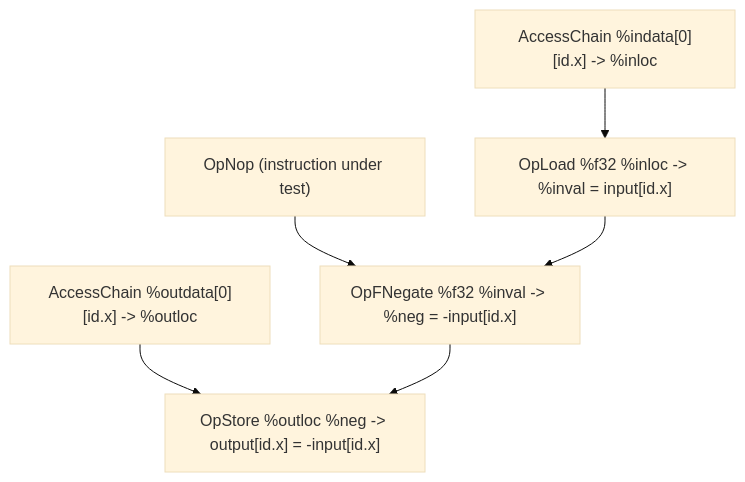
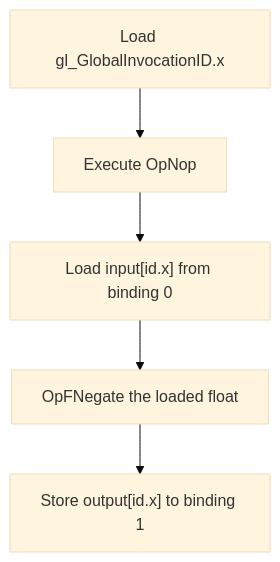
One commit to Thomaswang0822/VulkanCTS-Wiki changed the diagram in external/vulkancts/wiki/testfiles/spirv_assembly/InstructionTests.md. Above: the diagram before and after it, drawn with Mermaid (base theme). The commit also changed other lines of this file and 363 other files, not shown here.

````diff
--- a/external/vulkancts/wiki/testfiles/spirv_assembly/InstructionTests.md
+++ b/external/vulkancts/wiki/testfiles/spirv_assembly/InstructionTests.md
@@ -205,8 +205,7 @@
 ```mermaid
 flowchart TD
-    A["AccessChain %indata[0][id.x] -> %inloc"] --> B["OpLoad %f32 %inloc -> %inval = input[id.x]"]
-    C["OpNop (instruction under test)"] --> D["OpFNegate %f32 %inval -> %neg = -input[id.x]"]
-    B --> D
-    E["AccessChain %outdata[0][id.x] -> %outloc"] --> F["OpStore %outloc %neg -> output[id.x] = -input[id.x]"]
-    D --> F
+    A["Load gl_GlobalInvocationID.x"] --> B["Execute OpNop"]
+    B --> C["Load input[id.x] from binding 0"]
+    C --> D["OpFNegate the loaded float"]
+    D --> E["Store output[id.x] to binding 1"]
 ```
````
